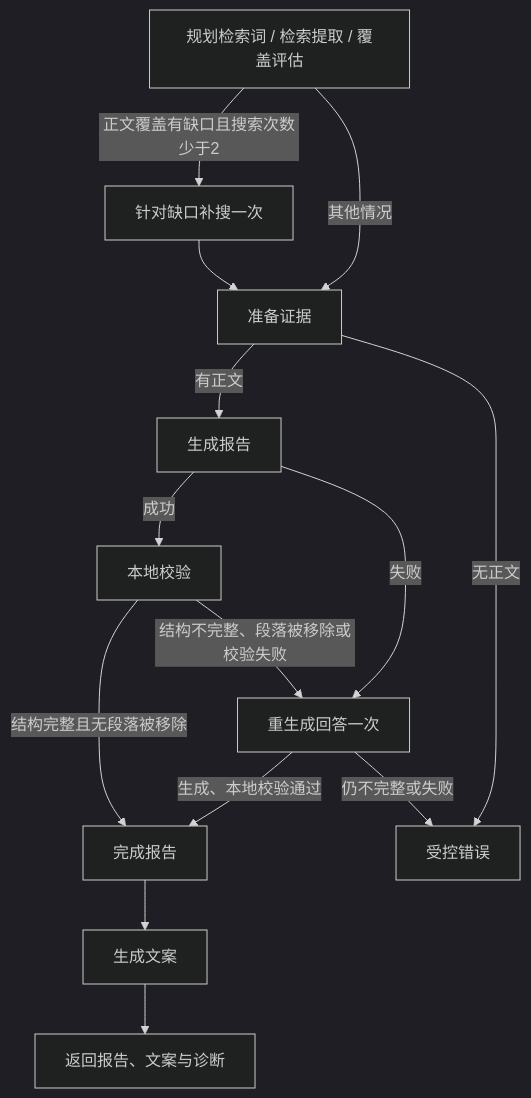
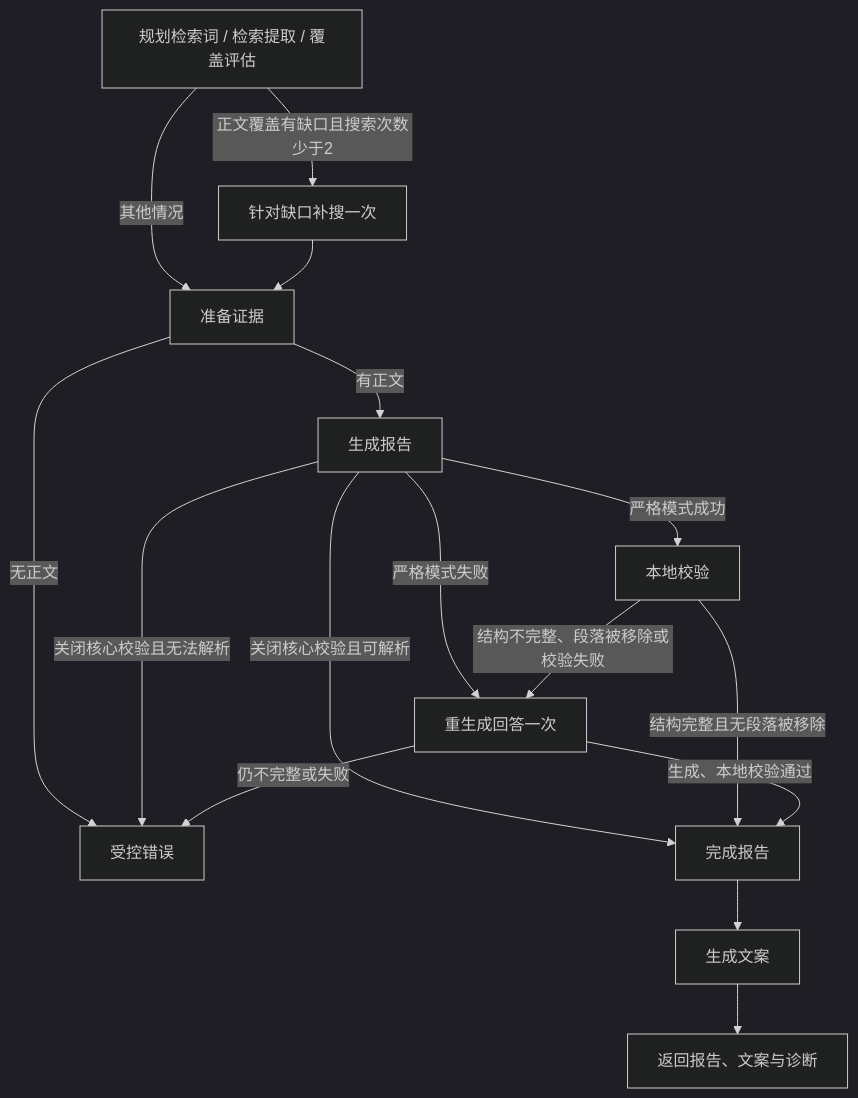
One commit to plustiti2022-cell/insight-to-post changed the second of 2 diagrams in docs/architecture.md. Above: the diagram before and after it, drawn with Mermaid (dark theme). The commit also changed other lines of this file and 15 other files, not shown here.

````diff
--- a/docs/architecture.md
+++ b/docs/architecture.md
@@ -56,16 +58,18 @@
 ```mermaid
 flowchart TD
   search[规划检索词 / 检索提取 / 覆盖评估] -->|正文覆盖有缺口且搜索次数少于2| supplement[针对缺口补搜一次]
   search -->|其他情况| evidence[准备证据]
   supplement --> evidence
   evidence -->|有正文| generate[生成报告]
   evidence -->|无正文| failure[受控错误]
-  generate -->|成功| validate[本地校验]
-  generate -->|失败| recover[重生成回答一次]
-  validate -->|结构完整且无段落被移除| complete[完成报告]
+  generate -->|关闭核心校验且可解析| complete[完成报告]
+  generate -->|关闭核心校验且无法解析| failure
+  generate -->|严格模式成功| validate[本地校验]
+  generate -->|严格模式失败| recover[重生成回答一次]
+  validate -->|结构完整且无段落被移除| complete
   validate -->|结构不完整、段落被移除或校验失败| recover
   recover -->|生成、本地校验通过| complete
   recover -->|仍不完整或失败| failure
   complete --> social[生成文案]
   social --> finish[返回报告、文案与诊断]
 ```
````
